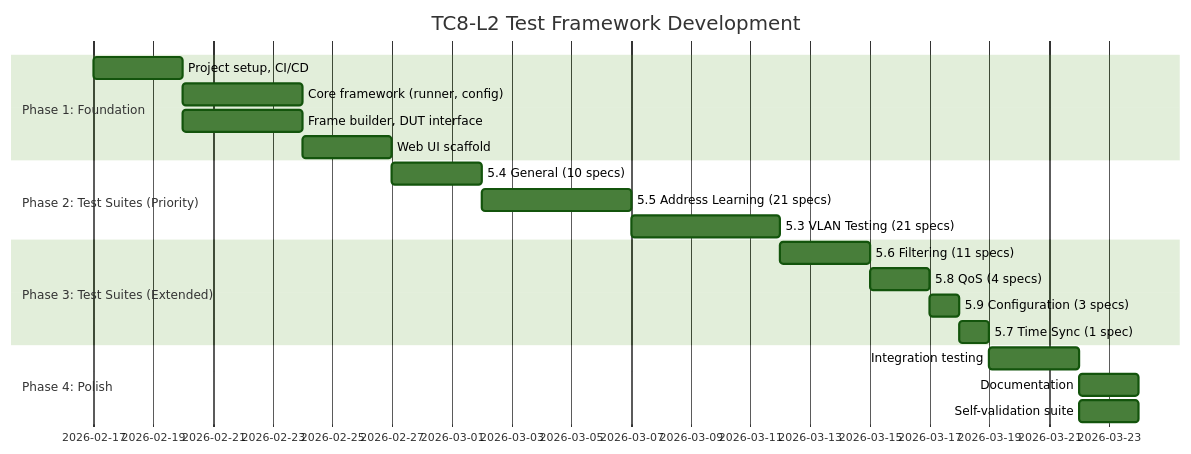
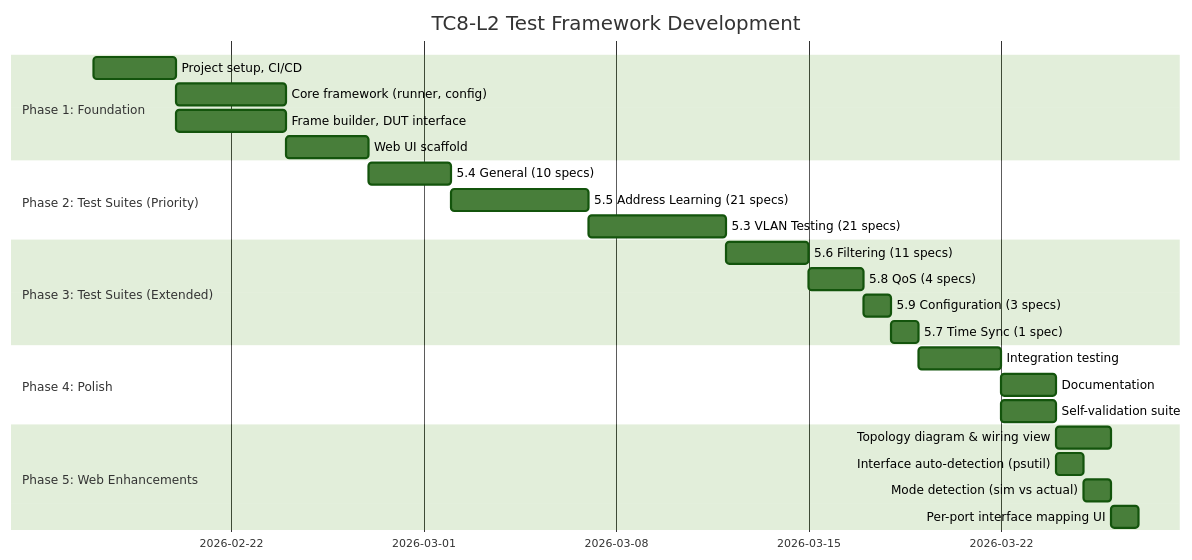
One commit to jdai-explore/ethernet_layer2_testing changed the fourth of 4 diagrams in tc8-l2-test-framework/docs/PRD.md. Above: the diagram before and after it, drawn with Mermaid (forest theme). The commit also changed other lines of this file and 4 other files, not shown here.

Commit message:
Topology diagramming feature introduced

````diff
--- a/tc8-l2-test-framework/docs/PRD.md
+++ b/tc8-l2-test-framework/docs/PRD.md
@@ -628,27 +629,33 @@
 ```mermaid
 gantt
     title TC8-L2 Test Framework Development
     dateFormat YYYY-MM-DD
     
     section Phase 1: Foundation
     Project setup, CI/CD              :p1a, 2026-02-17, 3d
     Core framework (runner, config)   :p1b, after p1a, 4d
     Frame builder, DUT interface      :p1c, after p1a, 4d
     Web UI scaffold                   :p1d, after p1b, 3d
     
     section Phase 2: Test Suites (Priority)
     5.4 General (10 specs)            :p2a, after p1d, 3d
     5.5 Address Learning (21 specs)   :p2b, after p2a, 5d
     5.3 VLAN Testing (21 specs)       :p2c, after p2b, 5d
     
     section Phase 3: Test Suites (Extended)
     5.6 Filtering (11 specs)          :p3a, after p2c, 3d
     5.8 QoS (4 specs)                 :p3b, after p3a, 2d
     5.9 Configuration (3 specs)       :p3c, after p3b, 1d
     5.7 Time Sync (1 spec)            :p3d, after p3c, 1d
     
     section Phase 4: Polish
     Integration testing               :p4a, after p3d, 3d
     Documentation                     :p4b, after p4a, 2d
     Self-validation suite             :p4c, after p4a, 2d
+    
+    section Phase 5: Web Enhancements
+    Topology diagram & wiring view    :p5a, after p4c, 2d
+    Interface auto-detection (psutil) :p5b, after p4c, 1d
+    Mode detection (sim vs actual)    :p5c, after p5b, 1d
+    Per-port interface mapping UI     :p5d, after p5a, 1d
 ```
````
